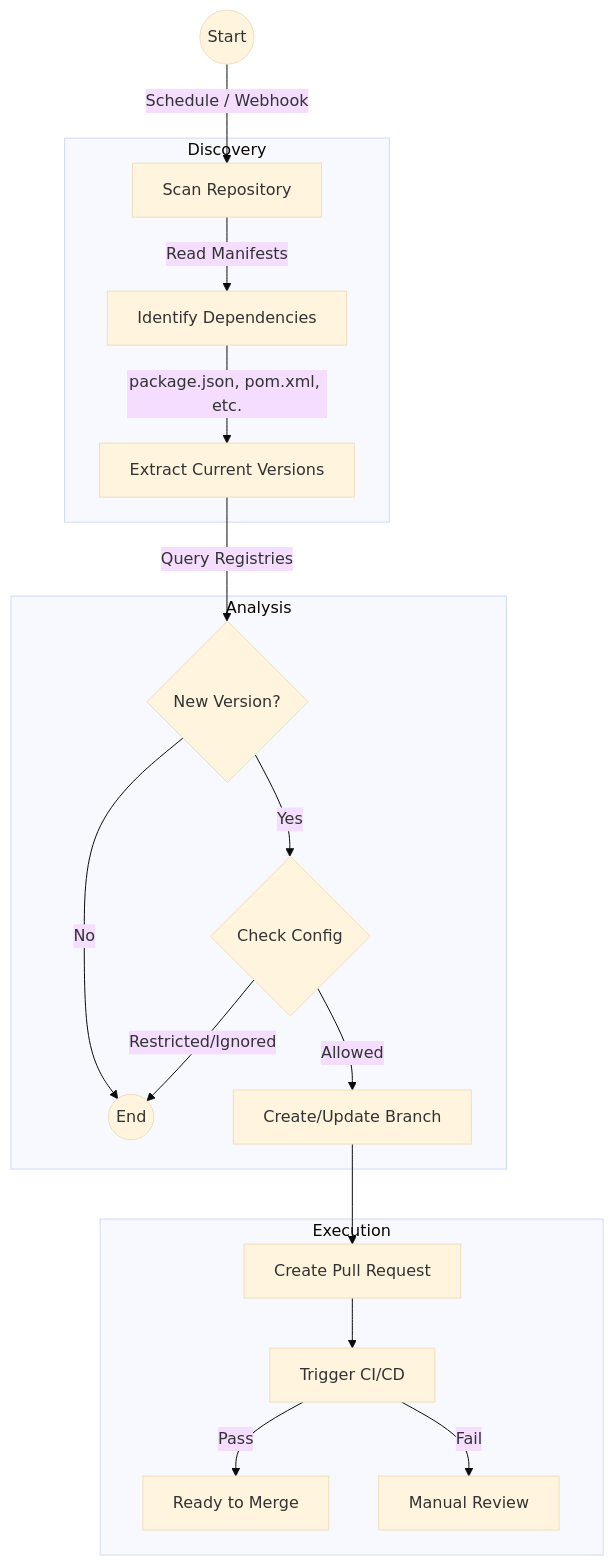
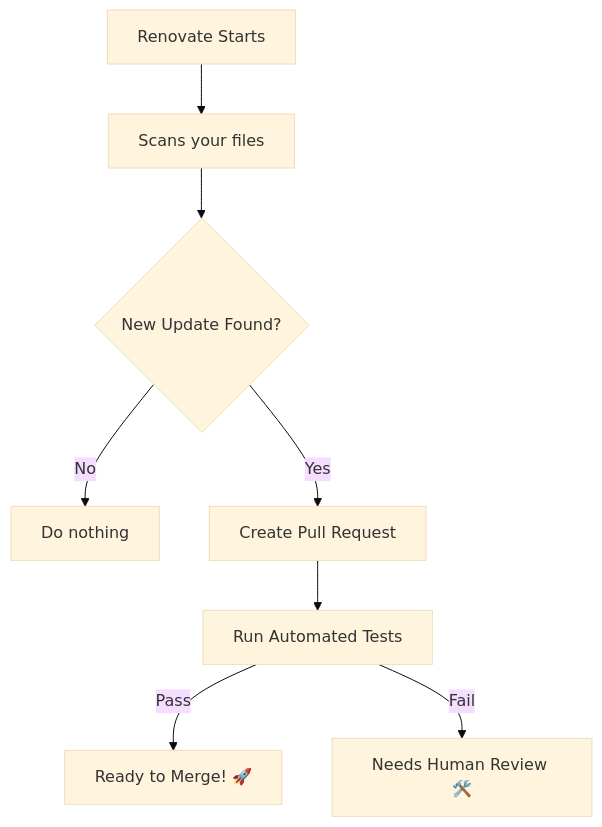
The diagram in docs/RENOVATE-DOCUMENTATION.md (ADORSYS-GIS/observability), drawn with Mermaid (base theme) before and after one commit.

Commit message:
docs: simplify the Renovate workflow diagram in documentation.

````diff
--- a/docs/RENOVATE-DOCUMENTATION.md
+++ b/docs/RENOVATE-DOCUMENTATION.md
@@ -92,24 +92,13 @@
 ```mermaid
 graph TD
-    Start((Start)) -->|Schedule / Webhook| Scan[Scan Repository]
+    Start[Renovate Starts] --> Scan[Scans your files]
+    Scan --> Check{New Update Found?}
     
-    subgraph Discovery
-    Scan -->|Read Manifests| Deps[Identify Dependencies]
-    Deps -->|package.json, pom.xml, etc.| Current[Extract Current Versions]
-    end
+    Check -- No --> Sleep[Do nothing]
+    Check -- Yes --> PR[Create Pull Request]
     
-    subgraph Analysis
-    Current -->|Query Registries| Updates{New Version?}
-    Updates -->|No| Stop((End))
-    Updates -->|Yes| Config{Check Config}
-    Config -->|Restricted/Ignored| Stop
-    Config -->|Allowed| Branch[Create/Update Branch]
-    end
+    PR --> Test[Run Automated Tests]
     
-    subgraph Execution
-    Branch --> PR[Create Pull Request]
-    PR --> CI[Trigger CI/CD]
-    CI -->|Pass| Merge[Ready to Merge]
-    CI -->|Fail| Review[Manual Review]
-    end
+    Test -- Pass --> Merge[Ready to Merge! 🚀]
+    Test -- Fail --> Fix[Needs Human Review 🛠️]
 ```
````
